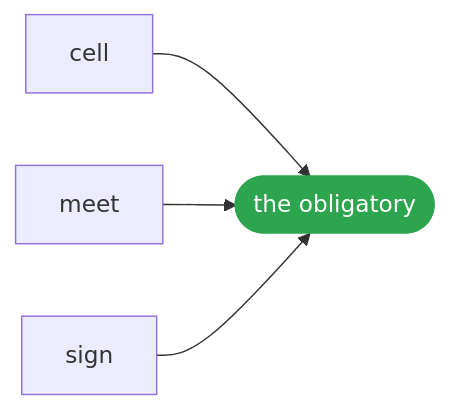
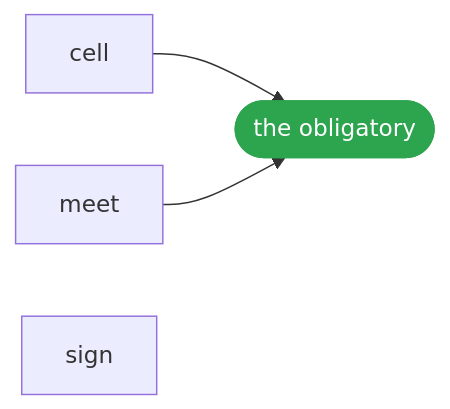
The diagram in docs/learn/signature.md (Lapxo/obligations), drawn with Mermaid before and after one commit. The commit also changed other lines of this file and 61 other files, not shown here.

````diff
--- a/docs/learn/signature.md
+++ b/docs/learn/signature.md
@@ -3,12 +3,11 @@
 ```mermaid
 flowchart LR
   c0["cell"]
   c1["meet"]
   c2["sign"]
   l0(["the obligatory"])
   c0 --> l0
   c1 --> l0
-  c2 --> l0
   classDef shown fill:#2da44e,color:#ffffff,stroke:#2da44e
   class l0 shown
 ```
````
